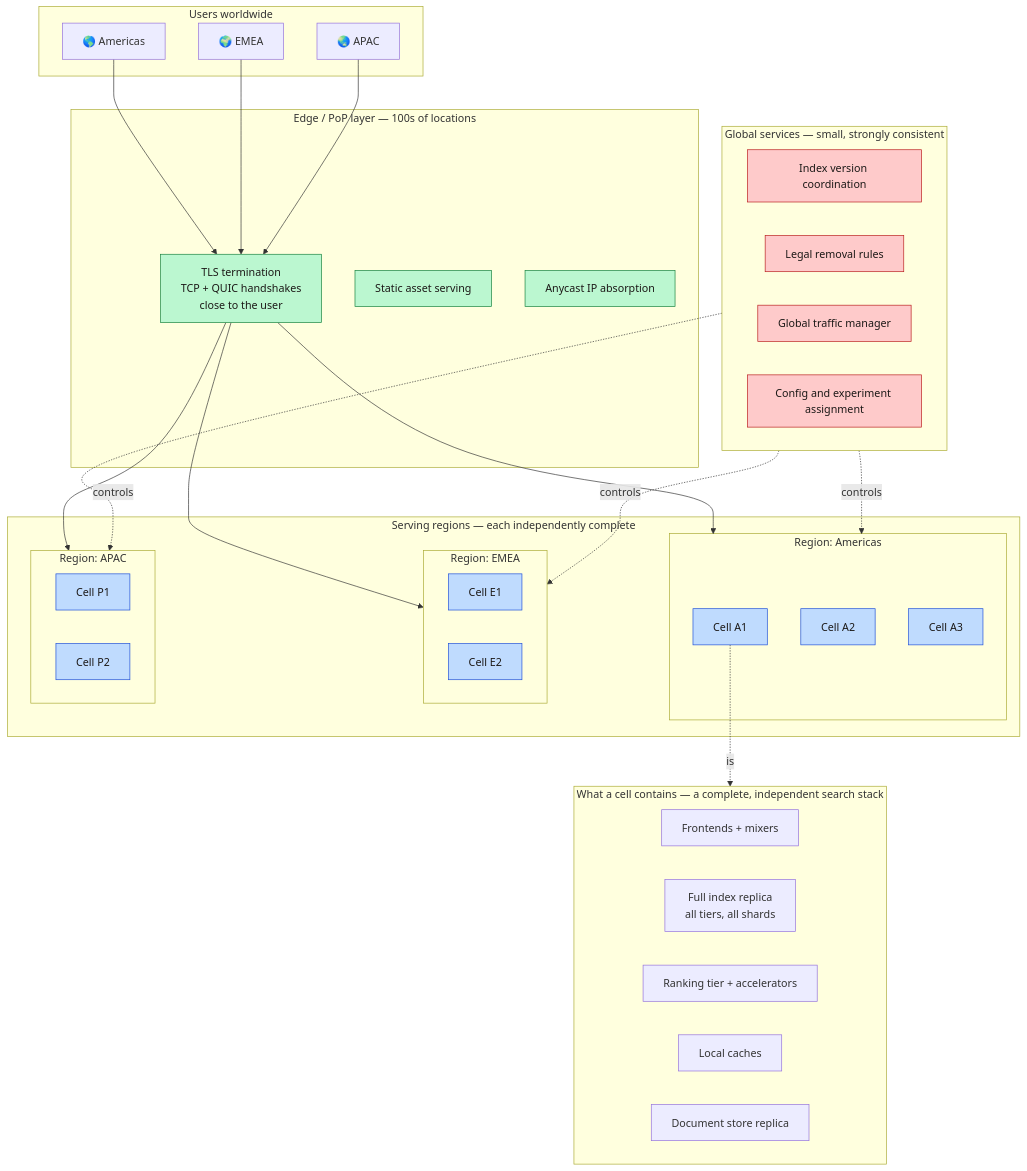
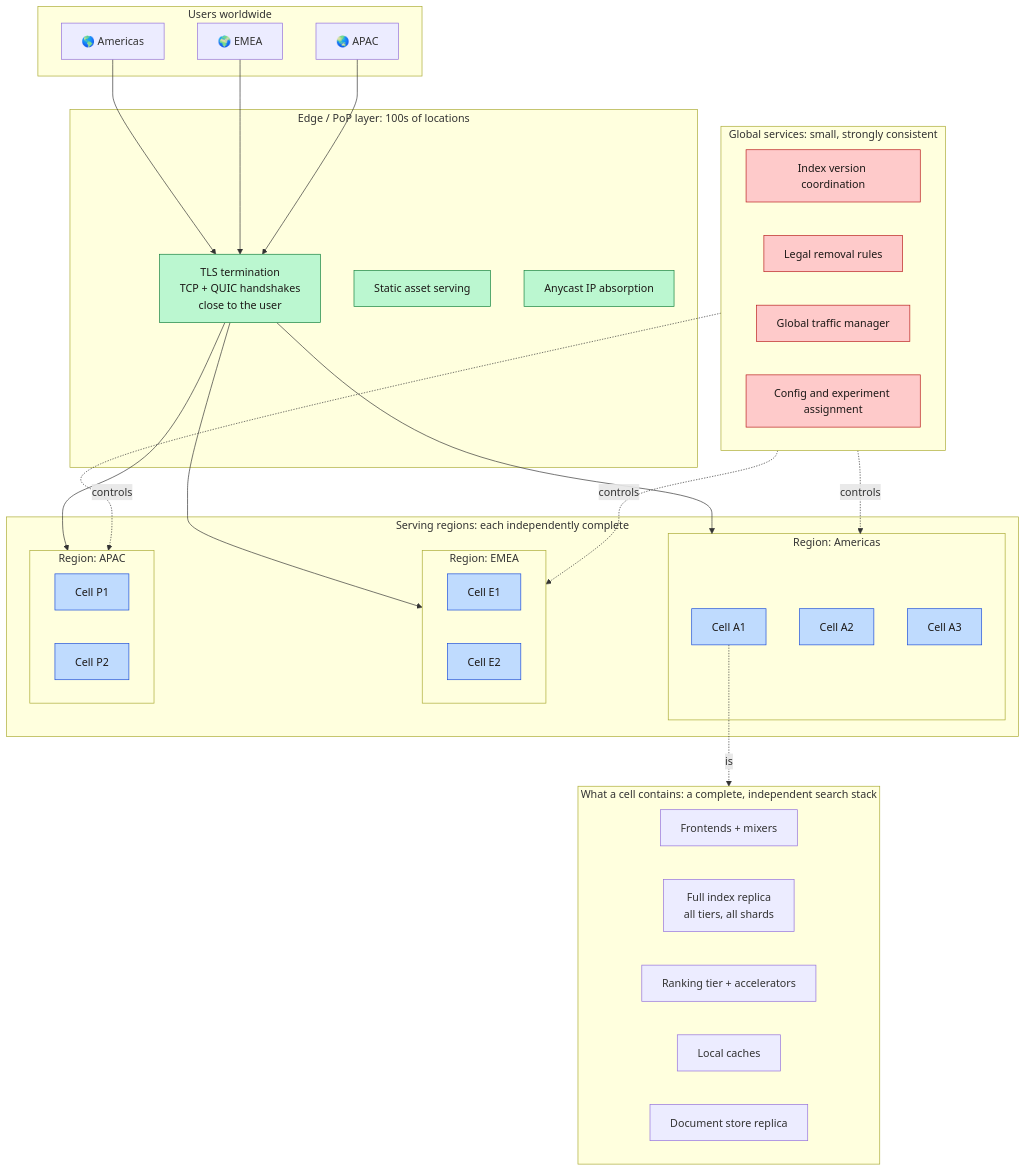
One commit to ahmedselimmansor-ctrl/google-search-system-design changed the first of 5 diagrams in docs/en/12-reliability.md. Above: the diagram before and after it, drawn with Mermaid. The commit also changed other lines of this file and 89 other files, not shown here.

````diff
--- a/docs/en/12-reliability.md
+++ b/docs/en/12-reliability.md
@@ -19,60 +19,60 @@
 ```mermaid
 flowchart TB
     subgraph USERS["Users worldwide"]
         U1["🌎 Americas"]
         U2["🌍 EMEA"]
         U3["🌏 APAC"]
     end
 
-    subgraph EDGE["Edge / PoP layer — 100s of locations"]
+    subgraph EDGE["Edge / PoP layer: 100s of locations"]
         E1["TLS termination<br/>TCP + QUIC handshakes<br/>close to the user"]
         E2["Static asset serving"]
         E3["Anycast IP absorption"]
     end
 
     U1 & U2 & U3 --> E1
 
-    subgraph REGIONS["Serving regions — each independently complete"]
+    subgraph REGIONS["Serving regions: each independently complete"]
         subgraph R1["Region: Americas"]
             R1C1["Cell A1"]
             R1C2["Cell A2"]
             R1C3["Cell A3"]
         end
         subgraph R2["Region: EMEA"]
             R2C1["Cell E1"]
             R2C2["Cell E2"]
         end
         subgraph R3["Region: APAC"]
             R3C1["Cell P1"]
             R3C2["Cell P2"]
         end
     end
 
     E1 --> R1 & R2 & R3
 
-    subgraph CELL["What a cell contains — a complete, independent search stack"]
+    subgraph CELL["What a cell contains: a complete, independent search stack"]
         C1["Frontends + mixers"]
         C2["Full index replica<br/>all tiers, all shards"]
         C3["Ranking tier + accelerators"]
         C4["Local caches"]
         C5["Document store replica"]
     end
 
     R1C1 -.is.-> CELL
 
-    subgraph GLOBAL["Global services — small, strongly consistent"]
+    subgraph GLOBAL["Global services: small, strongly consistent"]
         G1["Index version coordination"]
         G2["Legal removal rules"]
         G3["Global traffic manager"]
         G4["Config and experiment assignment"]
     end
 
     GLOBAL -.controls.-> R1 & R2 & R3
 
     classDef edge fill:#bbf7d0,stroke:#15803d,color:#1c1917
     classDef region fill:#bfdbfe,stroke:#1d4ed8,color:#1c1917
     classDef glob fill:#fecaca,stroke:#b91c1c,color:#1c1917
     class E1,E2,E3 edge
     class R1C1,R1C2,R1C3,R2C1,R2C2,R3C1,R3C2 region
     class G1,G2,G3,G4 glob
 ```
````
